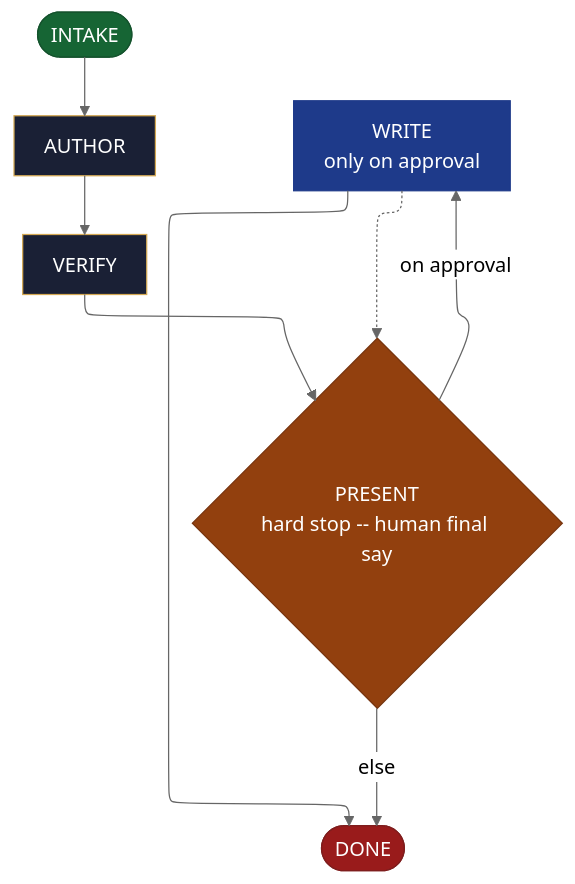
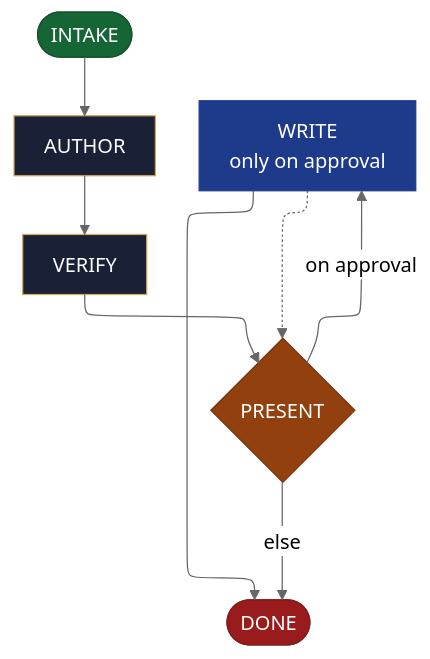
One commit to AndreVianna/aid-methodology changed the diagram in site/src/content/docs/skills/aid-change-document.md. Above: the diagram before and after it, drawn with Mermaid (neutral theme). The commit also changed 11 other files, not shown here.

````diff
--- a/site/src/content/docs/skills/aid-change-document.md
+++ b/site/src/content/docs/skills/aid-change-document.md
@@ -20,43 +20,43 @@
 ```mermaid
 ---
 config:
   layout: elk
   flowchart:
     nodeSpacing: 55
     rankSpacing: 65
     padding: 12
     useMaxWidth: true
 ---
 flowchart TB
   classDef aidNode color:#fff
   classDef aidEntry fill:#166534,stroke:#14532d,color:#fff
   classDef aidExit fill:#991b1b,stroke:#7f1d1d,color:#fff
   classDef aidDecision fill:#92400e,stroke:#78350f,color:#fff
   classDef aidLoopBack fill:#1e3a8a,stroke:#1e3a8a,color:#fff
   classDef aidStep fill:#1a2035,stroke:#d4a853,color:#f1f5f9
   n1(["INTAKE"])
   n2["AUTHOR"]
   n3["VERIFY"]
-  n4{"PRESENT<br/>hard stop -- human final say"}
+  n4{"PRESENT"}
   n5["WRITE<br/>only on approval"]
   n6(["DONE"])
   n1 --> n2
   n2 --> n3
   n3 --> n4
   n4 -->|"on approval"| n5
   n4 -->|"else"| n6
   n5 -.-> n4
   n5 --> n6
   class n1 aidEntry
   class n2 aidStep
   class n3 aidStep
   class n4 aidDecision
   class n5 aidLoopBack
   class n6 aidExit
   class n1 aidNode
   class n2 aidNode
   class n3 aidNode
   class n4 aidNode
   class n5 aidNode
   class n6 aidNode
 ```
````
